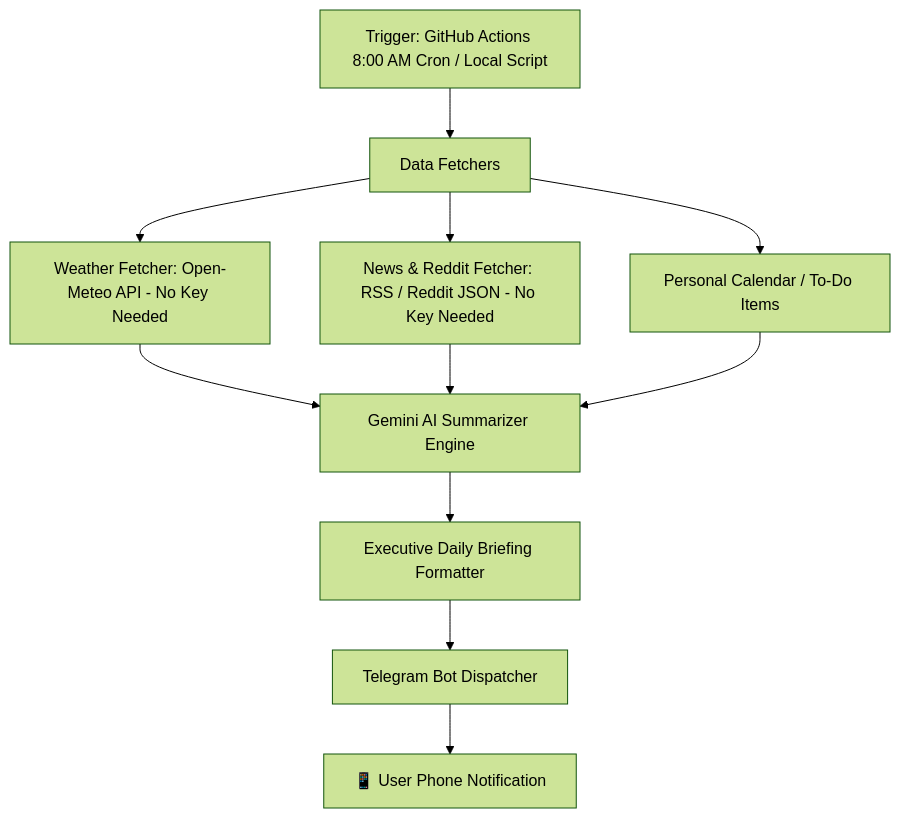
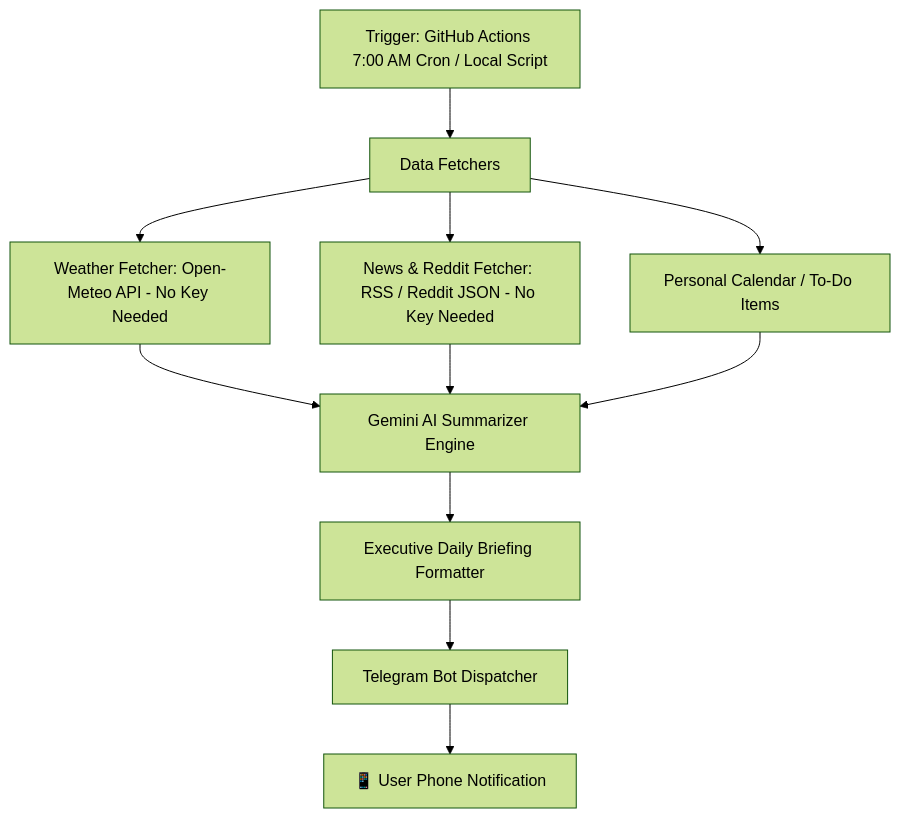
One commit to Amit-develober/ReminderAi changed the diagram in Initial implementation_plan.md. Above: the diagram before and after it, drawn with Mermaid (forest theme). The commit also changed other lines of this file and 6 other files, not shown here.

````diff
--- a/Initial implementation_plan.md
+++ b/Initial implementation_plan.md
@@ -9,15 +9,15 @@
 ```mermaid
 graph TD
-    A[Trigger: GitHub Actions 8:00 AM Cron / Local Script] --> B[Data Fetchers]
+    A[Trigger: GitHub Actions 7:00 AM Cron / Local Script] --> B[Data Fetchers]
     B --> B1[Weather Fetcher: Open-Meteo API - No Key Needed]
     B --> B2[News & Reddit Fetcher: RSS / Reddit JSON - No Key Needed]
     B --> B3[Personal Calendar / To-Do Items]
     
     B1 --> C[Gemini AI Summarizer Engine]
     B2 --> C
     B3 --> C
     
     C --> D[Executive Daily Briefing Formatter]
     D --> E[Telegram Bot Dispatcher]
     E --> F[📱 User Phone Notification]
 ```
````
